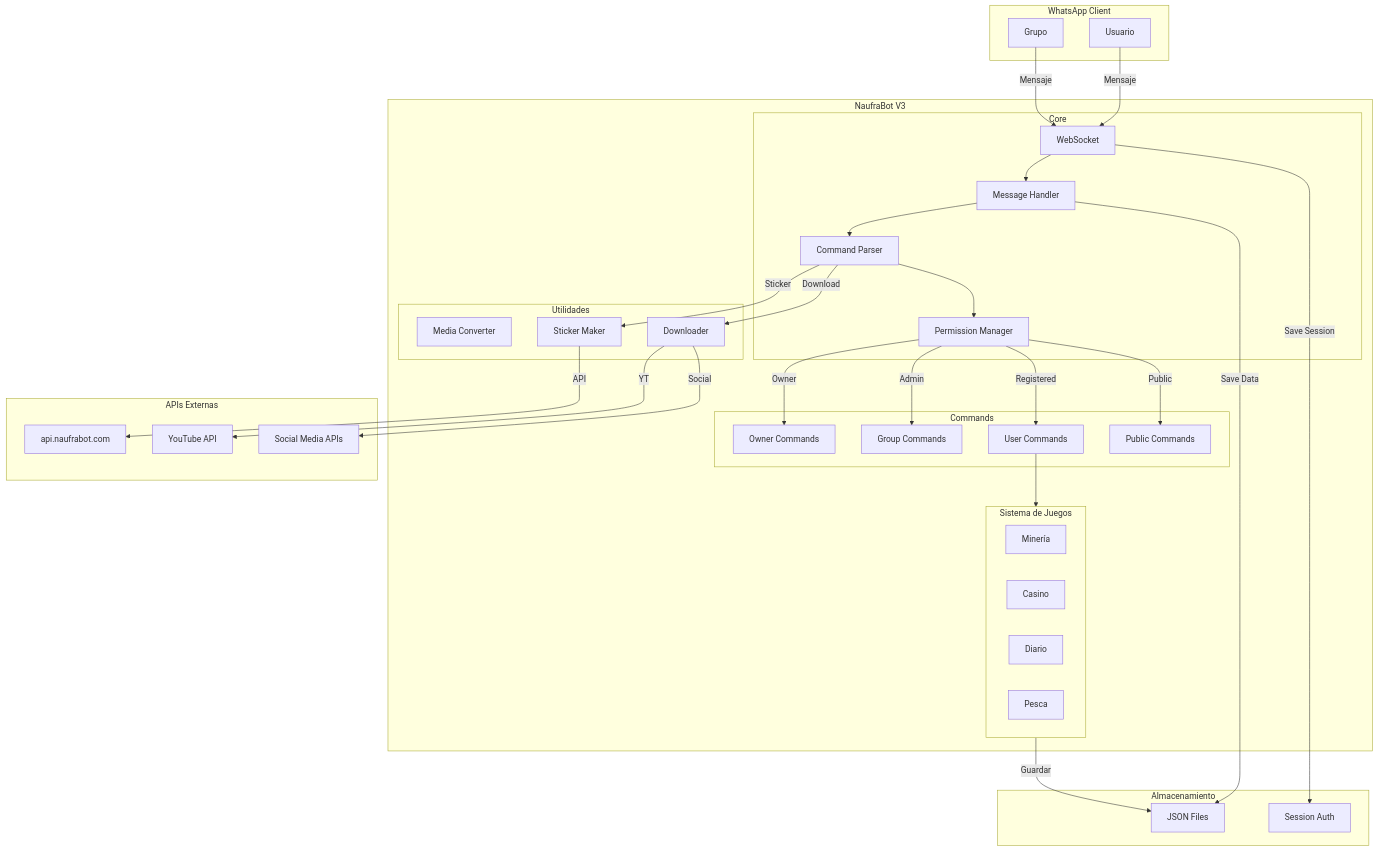
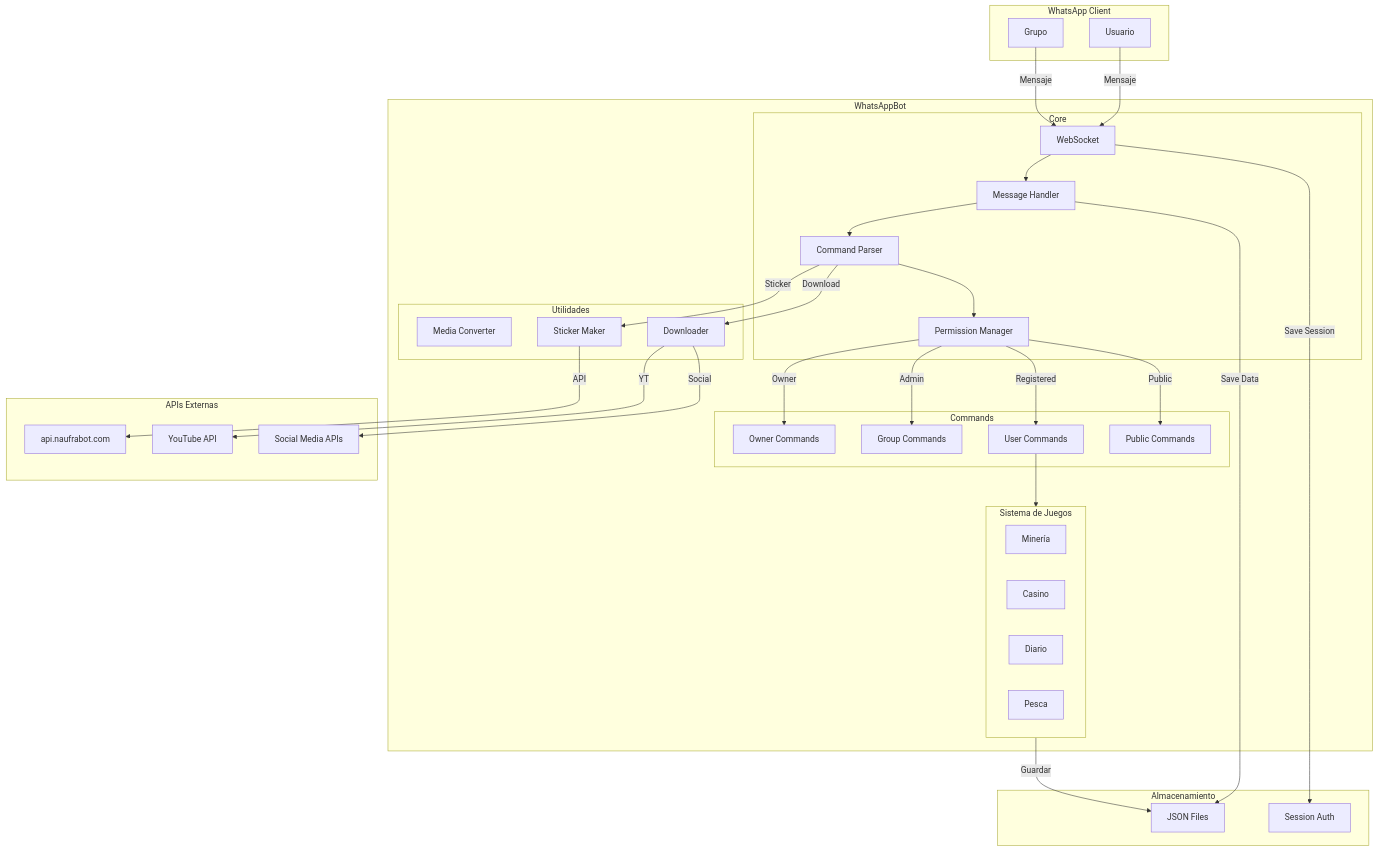
One commit to dvydll/whatsapp-bot changed the first of 13 diagrams in docs/ARCHITECTURE.md. Above: the diagram before and after it, drawn with Mermaid. The commit also changed other lines of this file and 8 other files, not shown here.

First line of the commit message:
docs: rename NaufraBot V3 -> WhatsAppBot in documentation

````diff
--- a/docs/ARCHITECTURE.md
+++ b/docs/ARCHITECTURE.md
@@ -12,70 +12,70 @@
 ```mermaid
 flowchart TB
     subgraph Client["WhatsApp Client"]
         User["Usuario"]
         Group["Grupo"]
     end
 
-    subgraph Bot["NaufraBot V3"]
+    subgraph Bot["WhatsAppBot"]
         subgraph Core["Core"]
             WS["WebSocket"]
             Handler["Message Handler"]
             CmdParser["Command Parser"]
             Perms["Permission Manager"]
         end
 
         subgraph Commands["Commands"]
             OwnerCmd["Owner Commands"]
             GroupCmd["Group Commands"]
             UserCmd["User Commands"]
             PublicCmd["Public Commands"]
         end
 
         subgraph Games["Sistema de Juegos"]
             Mining["Minería"]
             Casino["Casino"]
             Daily["Diario"]
             Fishing["Pesca"]
         end
 
         subgraph Utils["Utilidades"]
             Media["Media Converter"]
             Sticker["Sticker Maker"]
             Download["Downloader"]
         end
     end
 
     subgraph Storage["Almacenamiento"]
         JSON["JSON Files"]
         Session["Session Auth"]
     end
 
     subgraph External["APIs Externas"]
         NaufrabotAPI["api.naufrabot.com"]
         YouTube["YouTube API"]
         Social["Social Media APIs"]
     end
 
     User -->|Mensaje| WS
     Group -->|Mensaje| WS
     WS --> Handler
     Handler --> CmdParser
     CmdParser --> Perms
     
     Perms -->|Owner| OwnerCmd
     Perms -->|Admin| GroupCmd
     Perms -->|Registered| UserCmd
     Perms -->|Public| PublicCmd
     
     UserCmd --> Games
     Games -->|Guardar| JSON
     
     CmdParser -->|Sticker| Sticker
     CmdParser -->|Download| Download
     Sticker -->|API| NaufrabotAPI
     Download -->|YT| YouTube
     Download -->|Social| Social
     
     WS -->|Save Session| Session
     Handler -->|Save Data| JSON
 ```
````
